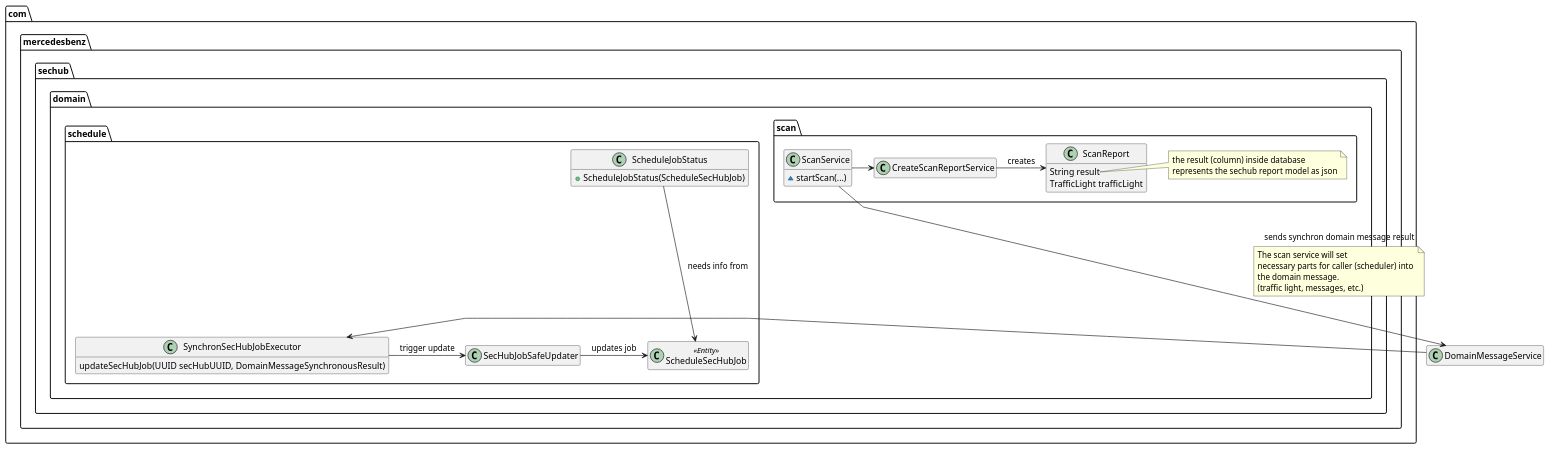
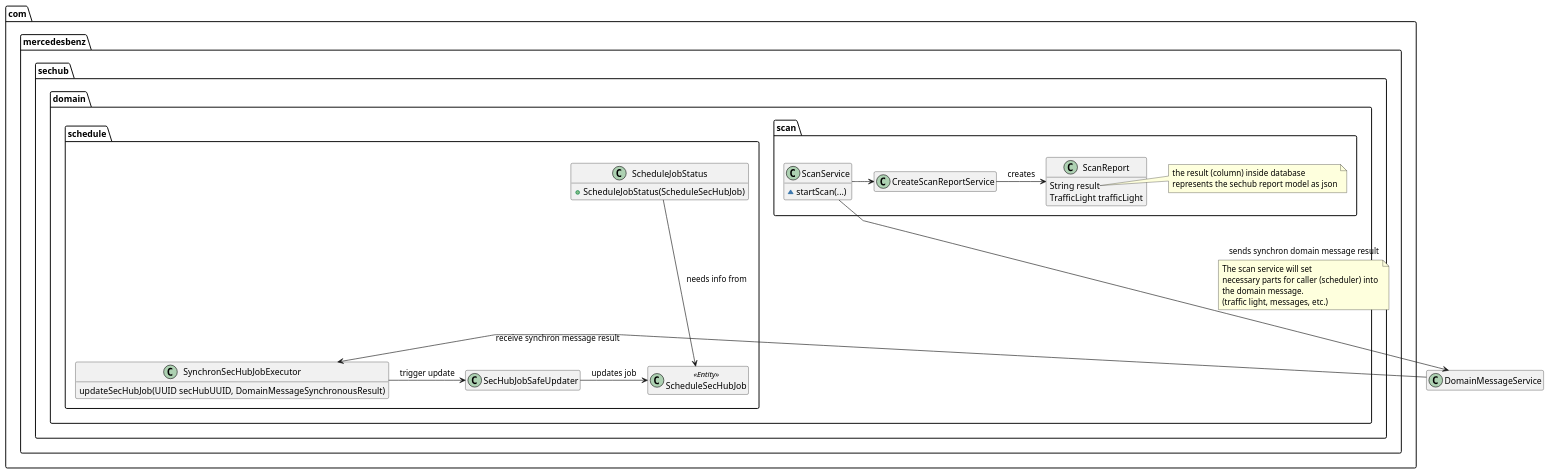
One commit to mercedes-benz/sechub changed the diagram in sechub-doc/src/docs/asciidoc/diagrams/diagram_status_update_after_job_has_been_executed.puml. Above: the diagram before and after it, drawn with PlantUML. The commit also changed 7 other files, not shown here.

```diff
--- a/sechub-doc/src/docs/asciidoc/diagrams/diagram_status_update_after_job_has_been_executed.puml
+++ b/sechub-doc/src/docs/asciidoc/diagrams/diagram_status_update_after_job_has_been_executed.puml
@@ -2,60 +2,60 @@
 @startuml
 
 hide empty fields
 hide empty methods
 
 skinparam linetype polyline
 'skinparam linetype ortho
 
 package com.mercedesbenz.sechub.domain.schedule {
     class ScheduleJobStatus{
         + ScheduleJobStatus(ScheduleSecHubJob)
     }
     
     class ScheduleSecHubJob<<Entity>>
     
     class SecHubJobSafeUpdater
     
     class SynchronSecHubJobExecutor{
         updateSecHubJob(UUID secHubUUID, DomainMessageSynchronousResult)
     }
 }
 package com.mercedesbenz.sechub.domain.scan {
     class ScanService {
        ~ startScan(...)
     }
 
     class ScanReport {
         String result
         TrafficLight trafficLight
     }
     
     note right of ScanReport::result
      the result (column) inside database
      represents the sechub report model as json
     end note
     
     class CreateScanReportService
 }
 
 class DomainMessageService
 
 ScheduleJobStatus ---> ScheduleSecHubJob: needs info from
 
 SecHubJobSafeUpdater -> ScheduleSecHubJob: updates job
 
 SynchronSecHubJobExecutor -> SecHubJobSafeUpdater: trigger update
 ScanService ---> DomainMessageService : sends synchron domain message result
 note on link 
      The scan service will set
      necessary parts for caller (scheduler) into 
      the domain message.
      (traffic light, messages, etc.)
 end note
 
-DomainMessageService ---> SynchronSecHubJobExecutor
+DomainMessageService ---> SynchronSecHubJobExecutor: receive synchron message result
 
 CreateScanReportService -> ScanReport :creates
 ScanService -> CreateScanReportService
 
 @enduml 
```
